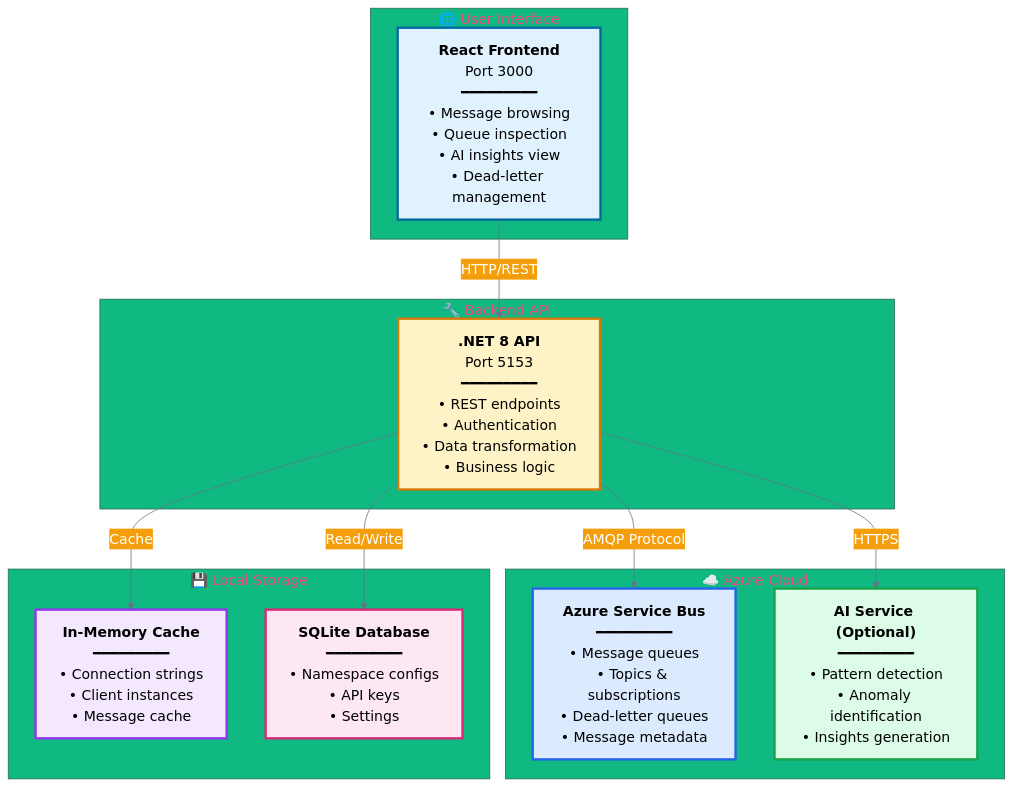
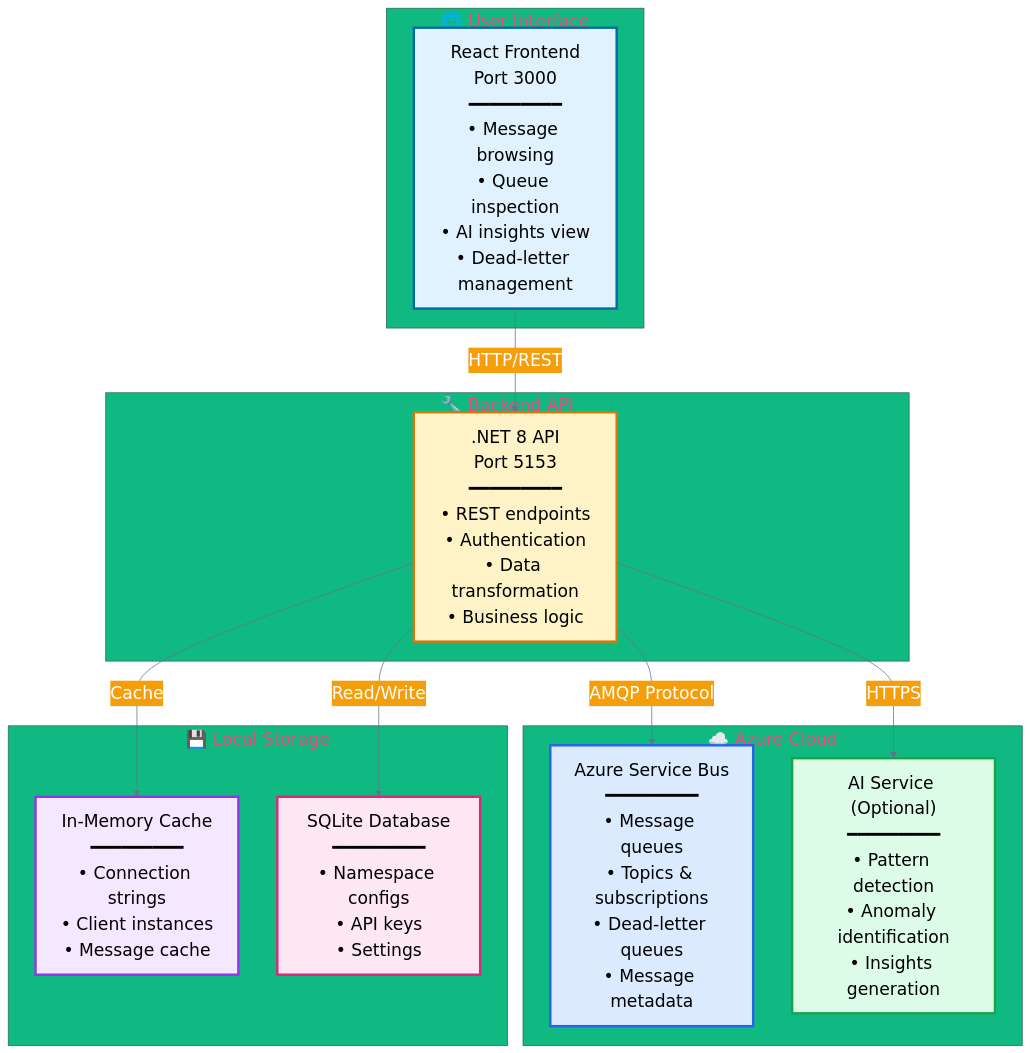
One commit to debdevops/servicehub changed the first of 12 diagrams in docs/COMPREHENSIVE-GUIDE.md. Above: the diagram before and after it, drawn with Mermaid. The commit also changed other lines of this file and 1 other file, not shown here.

````diff
--- a/docs/COMPREHENSIVE-GUIDE.md
+++ b/docs/COMPREHENSIVE-GUIDE.md
@@ -68,36 +68,36 @@
 ```mermaid
-%%{init: {'theme':'base', 'themeVariables': { 'fontSize':'18px', 'primaryColor':'#0ea5e9', 'primaryTextColor':'#fff', 'primaryBorderColor':'#0369a1', 'lineColor':'#64748b', 'secondaryColor':'#f59e0b', 'tertiaryColor':'#10b981'}}}%%
+%%{init: {'theme':'base', 'themeVariables': { 'fontSize':'22px', 'primaryColor':'#0ea5e9', 'primaryTextColor':'#fff', 'primaryBorderColor':'#0369a1', 'lineColor':'#64748b', 'secondaryColor':'#f59e0b', 'tertiaryColor':'#10b981'}}}%%
 graph TB
     subgraph "🌐 User Interface"
-        UI["<b>React Frontend</b><br/>Port 3000<br/>━━━━━━━━━<br/>• Message browsing<br/>• Queue inspection<br/>• AI insights view<br/>• Dead-letter management"]
+        UI["React Frontend<br/>Port 3000<br/>━━━━━━━━━<br/>• Message browsing<br/>• Queue inspection<br/>• AI insights view<br/>• Dead-letter management"]
     end
 
     subgraph "🔧 Backend API"
-        API["<b>.NET 8 API</b><br/>Port 5153<br/>━━━━━━━━━<br/>• REST endpoints<br/>• Authentication<br/>• Data transformation<br/>• Business logic"]
+        API[".NET 8 API<br/>Port 5153<br/>━━━━━━━━━<br/>• REST endpoints<br/>• Authentication<br/>• Data transformation<br/>• Business logic"]
     end
 
     subgraph "☁️ Azure Cloud"
-        ASB["<b>Azure Service Bus</b><br/>━━━━━━━━━<br/>• Message queues<br/>• Topics & subscriptions<br/>• Dead-letter queues<br/>• Message metadata"]
+        ASB["Azure Service Bus<br/>━━━━━━━━━<br/>• Message queues<br/>• Topics & subscriptions<br/>• Dead-letter queues<br/>• Message metadata"]
         
-        AI["<b>AI Service (Optional)</b><br/>━━━━━━━━━<br/>• Pattern detection<br/>• Anomaly identification<br/>• Insights generation"]
+        AI["AI Service (Optional)<br/>━━━━━━━━━<br/>• Pattern detection<br/>• Anomaly identification<br/>• Insights generation"]
     end
 
     subgraph "💾 Local Storage"
-        CACHE["<b>In-Memory Cache</b><br/>━━━━━━━━━<br/>• Connection strings<br/>• Client instances<br/>• Message cache"]
+        CACHE["In-Memory Cache<br/>━━━━━━━━━<br/>• Connection strings<br/>• Client instances<br/>• Message cache"]
         
-        DB["<b>SQLite Database</b><br/>━━━━━━━━━<br/>• Namespace configs<br/>• API keys<br/>• Settings"]
+        DB["SQLite Database<br/>━━━━━━━━━<br/>• Namespace configs<br/>• API keys<br/>• Settings"]
     end
 
     UI -->|HTTP/REST| API
     API -->|AMQP Protocol| ASB
     API -->|HTTPS| AI
     API -->|Read/Write| DB
     API -->|Cache| CACHE
     
     style UI fill:#e0f2fe,stroke:#0369a1,stroke-width:3px,color:#000
     style API fill:#fef3c7,stroke:#d97706,stroke-width:3px,color:#000
     style ASB fill:#dbeafe,stroke:#2563eb,stroke-width:3px,color:#000
     style AI fill:#dcfce7,stroke:#16a34a,stroke-width:3px,color:#000
     style DB fill:#fce7f3,stroke:#db2777,stroke-width:3px,color:#000
     style CACHE fill:#f3e8ff,stroke:#9333ea,stroke-width:3px,color:#000
 ```
````
